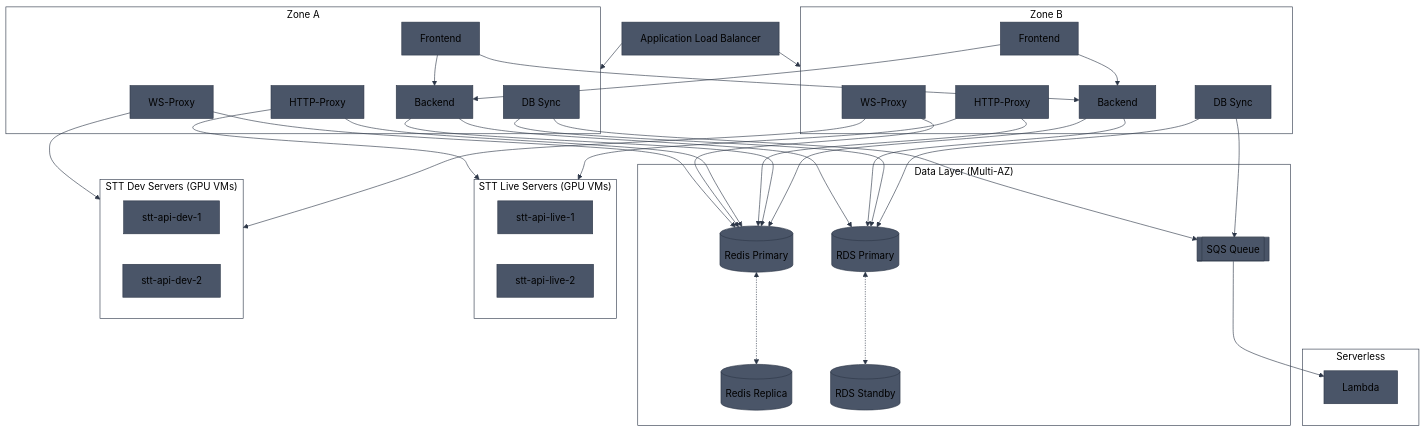
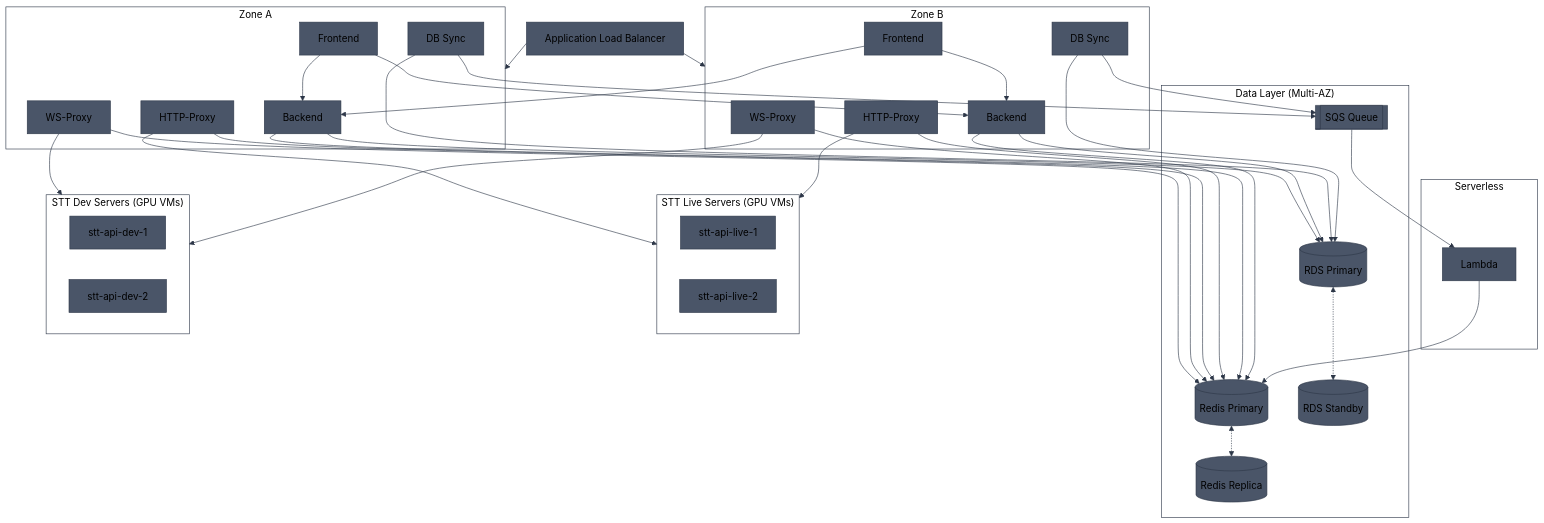
One commit to aldea-ai/infrastructure-docs changed the fourth of 8 diagrams in diagrams/ecs-architecture.md. Above: the diagram before and after it, drawn with Mermaid. The commit also changed other lines of this file, not shown here.

Commit message:
Add Lambda→Redis connection in all diagrams

````diff
--- a/diagrams/ecs-architecture.md
+++ b/diagrams/ecs-architecture.md
@@ -154,54 +155,55 @@
 ```mermaid
 %%{init: {'theme': 'base', 'themeVariables': { 'primaryColor': '#4a5568', 'primaryTextColor': '#000', 'primaryBorderColor': '#2d3748', 'lineColor': '#2d3748', 'secondaryColor': '#5a6577', 'tertiaryColor': '#6b7280', 'clusterBkg': 'transparent', 'clusterBorder': '#2d3748', 'titleColor': '#000'}}}%%
 flowchart TB
     LB[Application Load Balancer]
 
     subgraph AZ_A["Zone A"]
         WS_A[WS-Proxy]
         HTTP_A[HTTP-Proxy]
         BE_A[Backend]
         FE_A[Frontend]
         SYNC_A[DB Sync]
     end
 
     subgraph AZ_B["Zone B"]
         WS_B[WS-Proxy]
         HTTP_B[HTTP-Proxy]
         BE_B[Backend]
         FE_B[Frontend]
         SYNC_B[DB Sync]
     end
 
     subgraph Data["Data Layer (Multi-AZ)"]
         REDIS_P[(Redis Primary)]
         REDIS_R[(Redis Replica)]
         RDS_P[(RDS Primary)]
         RDS_R[(RDS Standby)]
         SQS[[SQS Queue]]
     end
 
     subgraph Serverless["Serverless"]
         LAMBDA[Lambda]
     end
 
     subgraph STT_Live["STT Live Servers (GPU VMs)"]
         LIVE1[stt-api-live-1]
         LIVE2[stt-api-live-2]
     end
 
     subgraph STT_Dev["STT Dev Servers (GPU VMs)"]
         DEV1[stt-api-dev-1]
         DEV2[stt-api-dev-2]
     end
 
     LB --> AZ_A & AZ_B
     WS_A & WS_B & HTTP_A & HTTP_B --> REDIS_P
     BE_A & BE_B --> REDIS_P & RDS_P
     FE_A & FE_B --> BE_A & BE_B
     SYNC_A & SYNC_B --> RDS_P & SQS
     SQS --> LAMBDA
+    LAMBDA --> REDIS_P
     REDIS_P <-.-> REDIS_R
     RDS_P <-.-> RDS_R
     HTTP_A & HTTP_B --> STT_Live
     WS_A & WS_B --> STT_Dev
 ```
````
